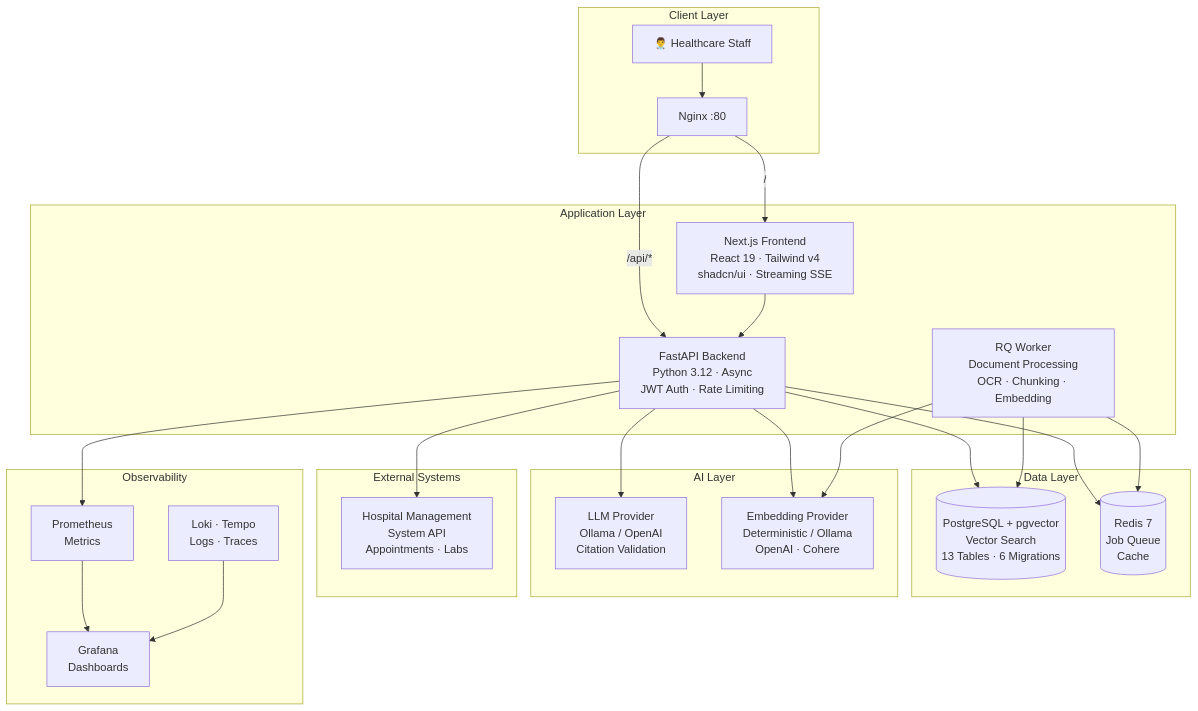
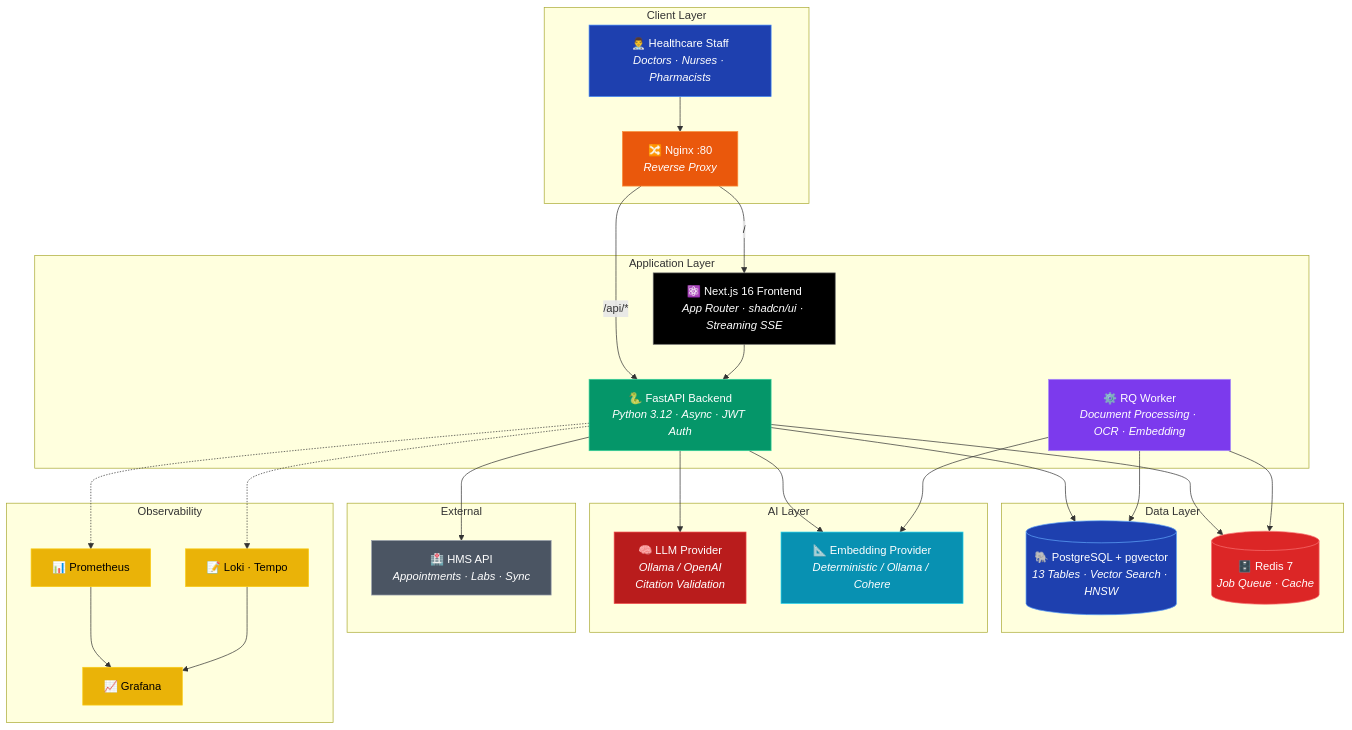
Before and after one commit to qwan30/chat-hospital-system: the first of 6 diagrams in README.md, drawn with Mermaid. The commit also changed other lines of this file, not shown here.

First line of the commit message:
docs: upgrade README to HMS-level quality — colored Mermaid, xychart, ASCII layers, demo accounts

````diff
--- a/README.md
+++ b/README.md
@@ -39,49 +45,61 @@
 ```mermaid
 graph TB
     subgraph "Client Layer"
-        U[👨‍⚕️ Healthcare Staff]
-        N[Nginx :80]
+        U[👨‍⚕️ Healthcare Staff<br/><i>Doctors · Nurses · Pharmacists</i>]
+        N[🔀 Nginx :80<br/><i>Reverse Proxy</i>]
     end
 
     subgraph "Application Layer"
-        FE[Next.js Frontend<br/>React 19 · Tailwind v4<br/>shadcn/ui · Streaming SSE]
-        BE[FastAPI Backend<br/>Python 3.12 · Async<br/>JWT Auth · Rate Limiting]
-        W[RQ Worker<br/>Document Processing<br/>OCR · Chunking · Embedding]
+        FE[⚛️ Next.js 16 Frontend<br/><i>App Router · shadcn/ui · Streaming SSE</i>]
+        BE[🐍 FastAPI Backend<br/><i>Python 3.12 · Async · JWT Auth</i>]
+        W[⚙️ RQ Worker<br/><i>Document Processing · OCR · Embedding</i>]
     end
 
     subgraph "Data Layer"
-        PG[(PostgreSQL + pgvector<br/>Vector Search<br/>13 Tables · 6 Migrations)]
-        RD[(Redis 7<br/>Job Queue<br/>Cache)]
+        PG[("🐘 PostgreSQL + pgvector<br/><i>13 Tables · Vector Search · HNSW</i>")]
+        RD[("🗄️ Redis 7<br/><i>Job Queue · Cache</i>")]
     end
 
     subgraph "AI Layer"
-        LLM[LLM Provider<br/>Ollama / OpenAI<br/>Citation Validation]
-        EMB[Embedding Provider<br/>Deterministic / Ollama<br/>OpenAI · Cohere]
+        LLM[🧠 LLM Provider<br/><i>Ollama / OpenAI<br/>Citation Validation</i>]
+        EMB[📐 Embedding Provider<br/><i>Deterministic / Ollama / Cohere</i>]
     end
 
-    subgraph "External Systems"
-        HMS[Hospital Management<br/>System API<br/>Appointments · Labs]
+    subgraph "External"
+        HMS[🏥 HMS API<br/><i>Appointments · Labs · Sync</i>]
     end
 
     subgraph "Observability"
-        PR[Prometheus<br/>Metrics]
-        GF[Grafana<br/>Dashboards]
-        LK[Loki · Tempo<br/>Logs · Traces]
+        PR[📊 Prometheus] --> GF[📈 Grafana]
+        LK[📝 Loki · Tempo] --> GF
     end
 
     U --> N
     N -->|"/api/*"| BE
     N -->|"/"| FE
     FE --> BE
     BE --> PG
     BE --> RD
     BE --> LLM
     BE --> EMB
     BE --> HMS
     W --> PG
     W --> RD
     W --> EMB
-    BE --> PR
-    PR --> GF
-    LK --> GF
+    BE -.-> PR
+    BE -.-> LK
+
+    style U fill:#1e40af,stroke:#3b82f6,color:#fff
+    style N fill:#ea580c,stroke:#fb923c,color:#fff
+    style FE fill:#000,stroke:#666,color:#fff
+    style BE fill:#059669,stroke:#34d399,color:#fff
+    style W fill:#7c3aed,stroke:#a78bfa,color:#fff
+    style PG fill:#1e40af,stroke:#60a5fa,color:#fff
+    style RD fill:#dc2626,stroke:#f87171,color:#fff
+    style LLM fill:#b91c1c,stroke:#ef4444,color:#fff
+    style EMB fill:#0891b2,stroke:#22d3ee,color:#fff
+    style HMS fill:#4b5563,stroke:#9ca3af,color:#fff
+    style PR fill:#eab308,stroke:#facc15,color:#000
+    style GF fill:#eab308,stroke:#facc15,color:#000
+    style LK fill:#eab308,stroke:#facc15,color:#000
 ```
````
